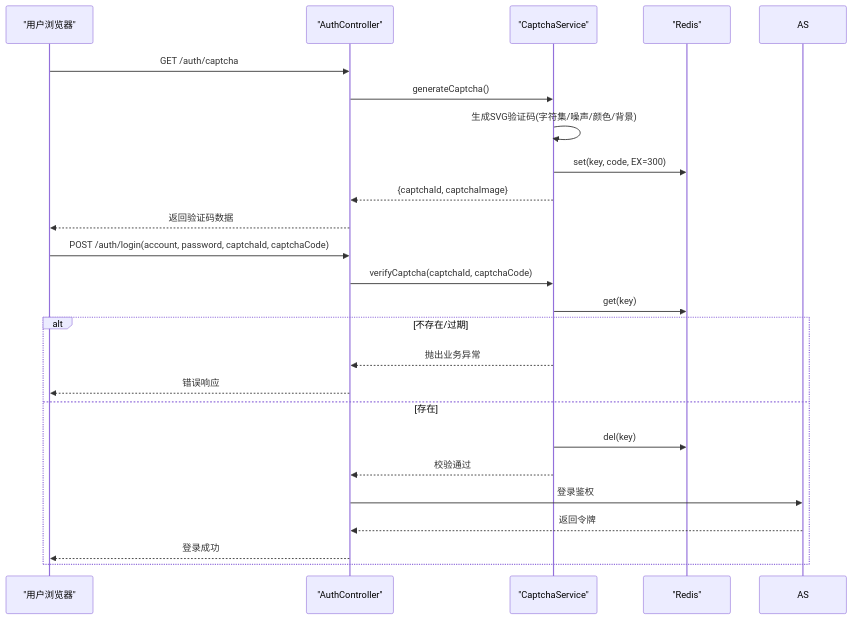
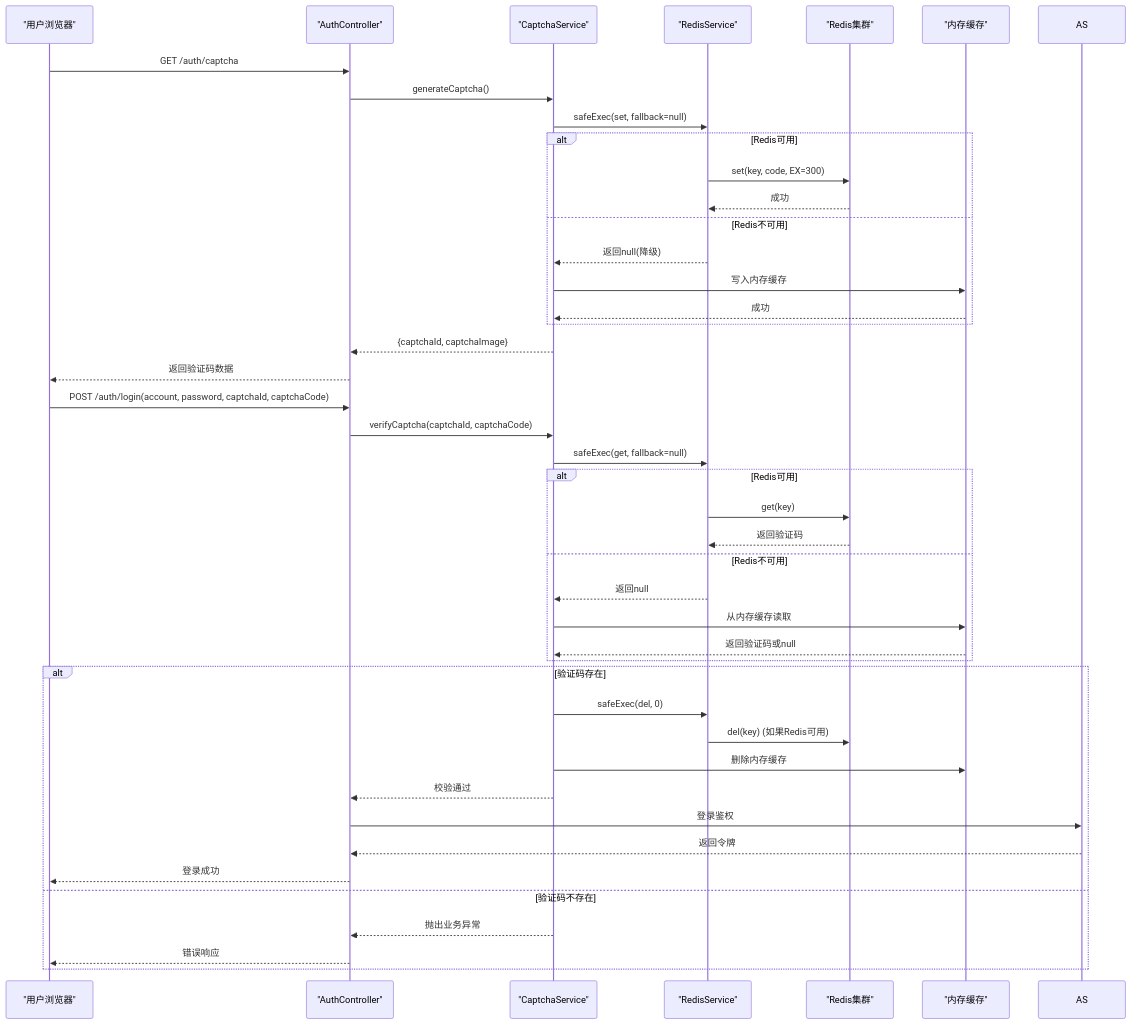
Before and after one commit to translateServers/nodes-stack: the second of 8 diagrams in .qoder/repowiki/zh/content/后端系统/认证授权系统/验证码系统.md, drawn with Mermaid. The commit also changed other lines of this file and 8 other files, not shown here.

````diff
--- a/.qoder/repowiki/zh/content/后端系统/认证授权系统/验证码系统.md
+++ b/.qoder/repowiki/zh/content/后端系统/认证授权系统/验证码系统.md
@@ -88,26 +94,45 @@
 ```mermaid
 sequenceDiagram
 participant U as "用户浏览器"
 participant C as "AuthController"
 participant S as "CaptchaService"
-participant R as "Redis"
+participant R as "RedisService"
+participant RC as "Redis集群"
+participant M as "内存缓存"
 U->>C : GET /auth/captcha
 C->>S : generateCaptcha()
-S->>S : 生成SVG验证码(字符集/噪声/颜色/背景)
-S->>R : set(key, code, EX=300)
+S->>R : safeExec(set, fallback=null)
+alt Redis可用
+R->>RC : set(key, code, EX=300)
+RC-->>R : 成功
+else Redis不可用
+R-->>S : 返回null(降级)
+S->>M : 写入内存缓存
+M-->>S : 成功
+end
 S-->>C : {captchaId, captchaImage}
 C-->>U : 返回验证码数据
 U->>C : POST /auth/login(account, password, captchaId, captchaCode)
 C->>S : verifyCaptcha(captchaId, captchaCode)
-S->>R : get(key)
-alt 不存在/过期
-S-->>C : 抛出业务异常
-C-->>U : 错误响应
-else 存在
-S->>R : del(key)
+S->>R : safeExec(get, fallback=null)
+alt Redis可用
+R->>RC : get(key)
+RC-->>R : 返回验证码
+else Redis不可用
+R-->>S : 返回null
+S->>M : 从内存缓存读取
+M-->>S : 返回验证码或null
+end
+alt 验证码存在
+S->>R : safeExec(del, 0)
+R->>RC : del(key) (如果Redis可用)
+S->>M : 删除内存缓存
 S-->>C : 校验通过
 C->>AS : 登录鉴权
 AS-->>C : 返回令牌
 C-->>U : 登录成功
+else 验证码不存在
+S-->>C : 抛出业务异常
+C-->>U : 错误响应
 end
 ```
````
